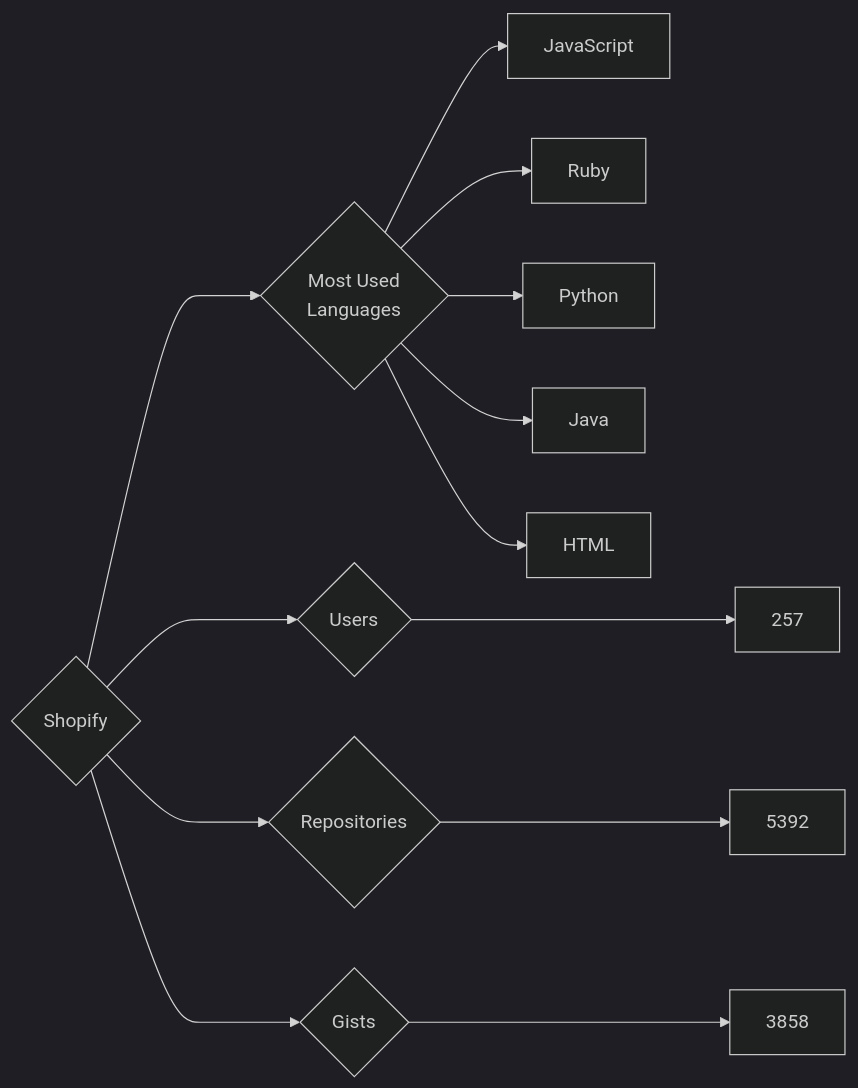
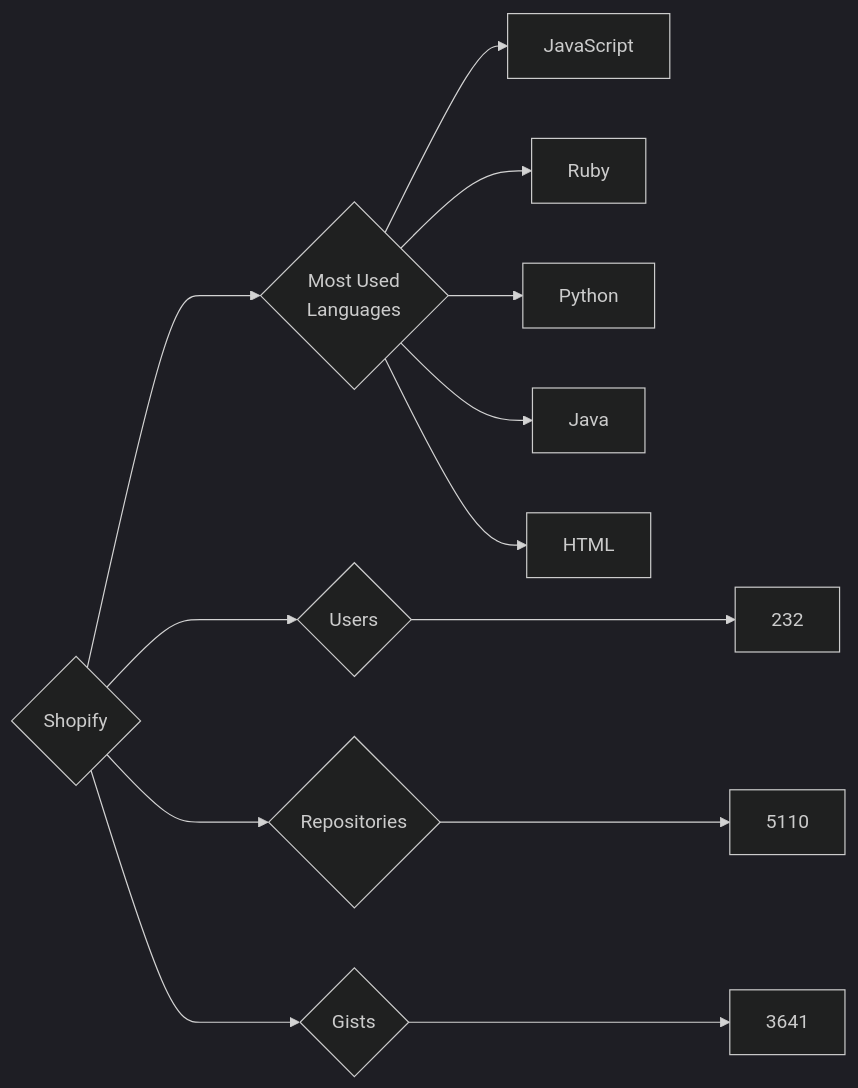
The diagram in targets/Shopify/README.md (trickest/insiders), drawn with Mermaid (dark theme) before and after one commit. The commit also changed 851 other files, not shown here.

````diff
--- a/targets/Shopify/README.md
+++ b/targets/Shopify/README.md
@@ -3,13 +3,13 @@
 ```mermaid
 graph LR
 COMPANY_NAME{Shopify}
-COMPANY_NAME ---> U{Users} ---> UN[257]
-COMPANY_NAME ---> R{Repositories} ---> RN[5392]
-COMPANY_NAME ---> G{Gists} ---> GN[3858]
+COMPANY_NAME ---> U{Users} ---> UN[232]
+COMPANY_NAME ---> R{Repositories} ---> RN[5110]
+COMPANY_NAME ---> G{Gists} ---> GN[3641]
 COMPANY_NAME ---> ML{Most Used<br>Languages}
 ML --> JavaScript[JavaScript]
 ML --> Ruby[Ruby]
 ML --> Python[Python]
 ML --> Java[Java]
 ML --> HTML[HTML]
 ```
````
